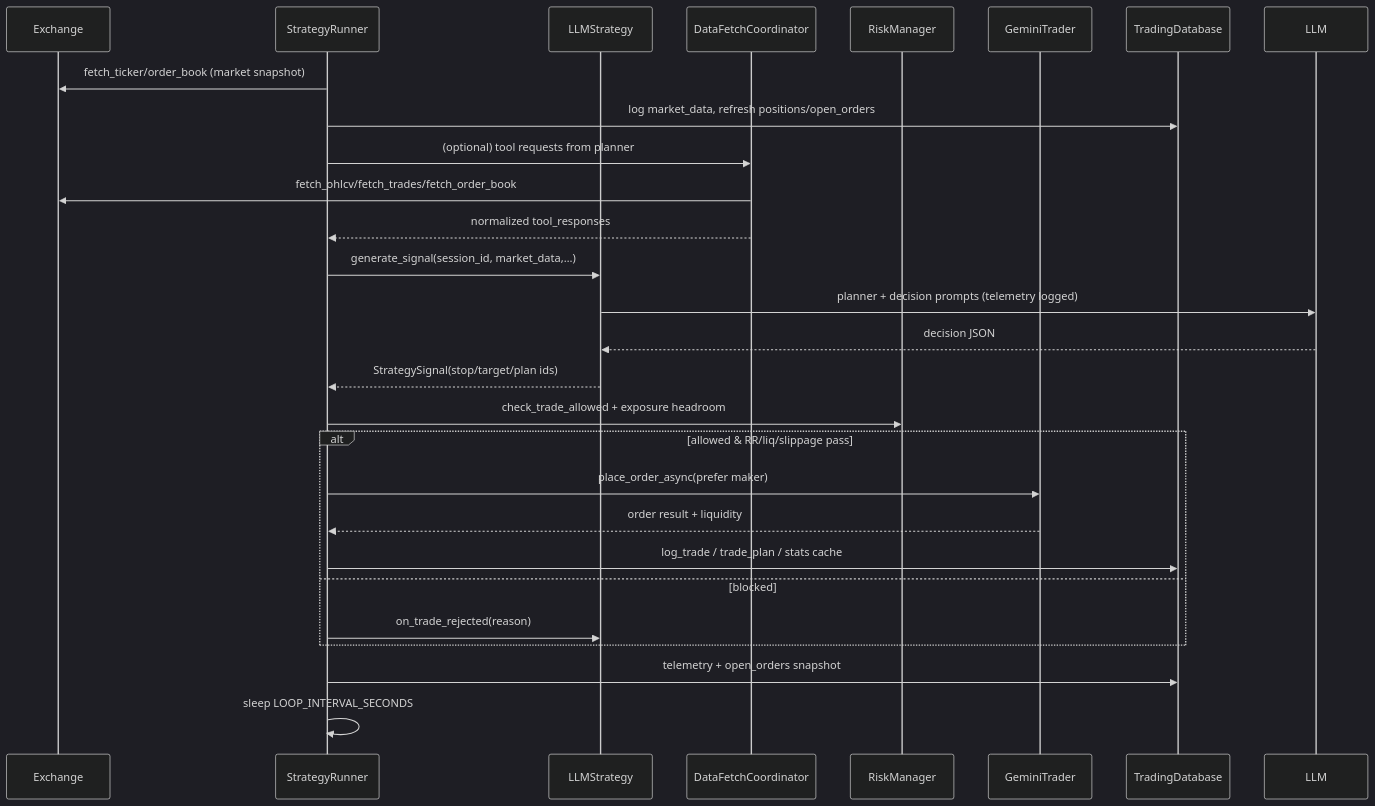
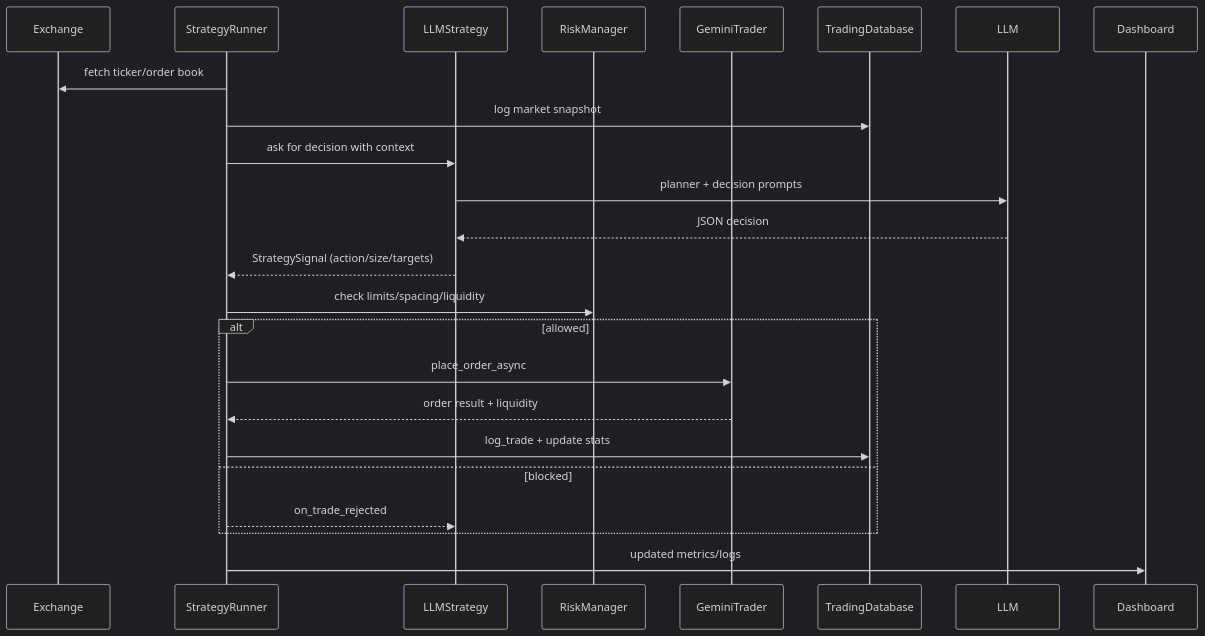
The second of 2 diagrams in docs/architecture.md (dmcd/trader-bot), drawn with Mermaid (dark theme) before and after one commit. The commit also changed other lines of this file and 12 other files, not shown here.

Commit message:
Simplify docs to single architecture page

````diff
--- a/docs/architecture.md
+++ b/docs/architecture.md
@@ -33,30 +31,25 @@
 ```mermaid
 sequenceDiagram
-    participant Exchange
-    participant Runner as StrategyRunner
-    participant Strategy as LLMStrategy
-    participant Tools as DataFetchCoordinator
+    participant Ex as Exchange
+    participant R as StrategyRunner
+    participant S as LLMStrategy
     participant Risk as RiskManager
-    participant Trader as GeminiTrader
+    participant T as GeminiTrader
     participant DB as TradingDatabase
 
-    Runner->>Exchange: fetch_ticker/order_book (market snapshot)
-    Runner->>DB: log market_data, refresh positions/open_orders
-    Runner->>Tools: (optional) tool requests from planner
-    Tools->>Exchange: fetch_ohlcv/fetch_trades/fetch_order_book
-    Tools-->>Runner: normalized tool_responses
-    Runner->>Strategy: generate_signal(session_id, market_data,…)
-    Strategy->>LLM: planner + decision prompts (telemetry logged)
-    LLM-->>Strategy: decision JSON
-    Strategy-->>Runner: StrategySignal(stop/target/plan ids)
-    Runner->>Risk: check_trade_allowed + exposure headroom
-    alt allowed & RR/liq/slippage pass
-        Runner->>Trader: place_order_async(prefer maker)
-        Trader-->>Runner: order result + liquidity
-        Runner->>DB: log_trade / trade_plan / stats cache
+    R->>Ex: fetch ticker/order book
+    R->>DB: log market snapshot
+    R->>S: ask for decision with context
+    S->>LLM: planner + decision prompts
+    LLM-->>S: JSON decision
+    S-->>R: StrategySignal (action/size/targets)
+    R->>Risk: check limits/spacing/liquidity
+    alt allowed
+        R->>T: place_order_async
+        T-->>R: order result + liquidity
+        R->>DB: log_trade + update stats
     else blocked
-        Runner->>Strategy: on_trade_rejected(reason)
+        R-->>S: on_trade_rejected
     end
-    Runner->>DB: telemetry + open_orders snapshot
-    Runner->>Runner: sleep LOOP_INTERVAL_SECONDS
+    R->>Dashboard: updated metrics/logs
 ```
````
